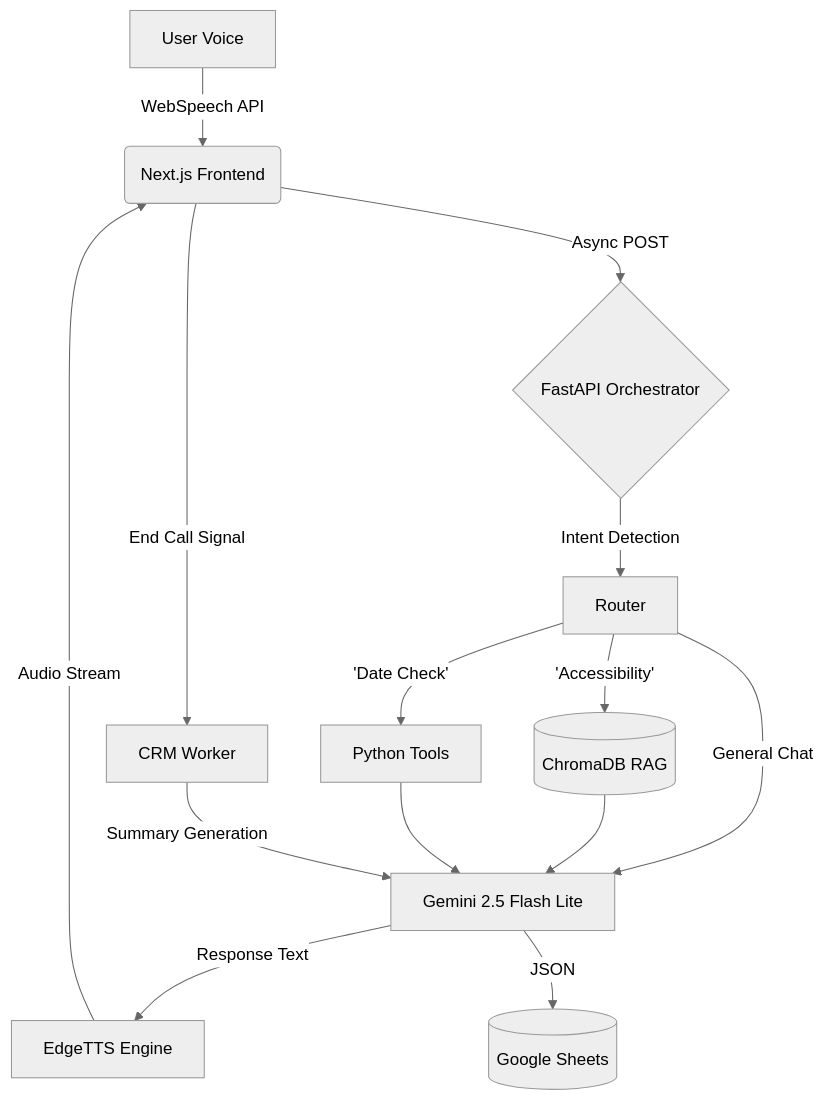
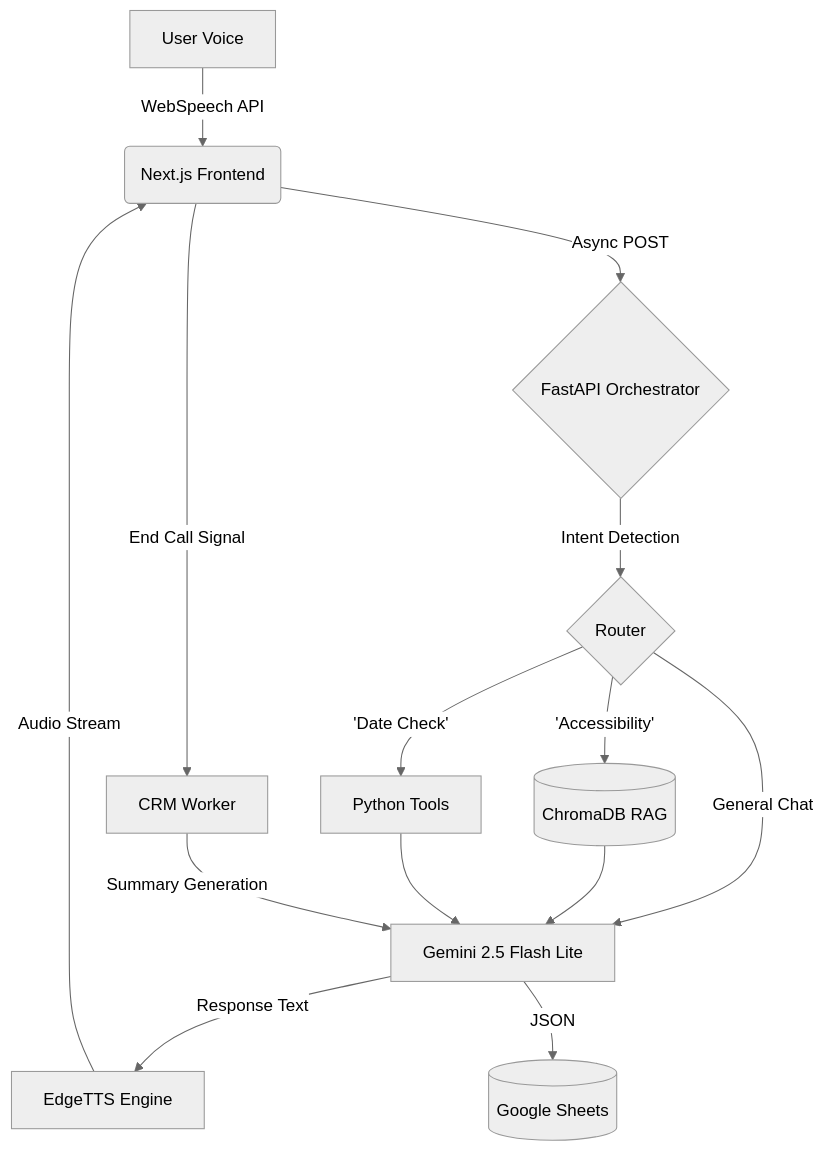
The diagram in README.md (DevanshMistry890/hotel-voice-agent), drawn with Mermaid (neutral theme) before and after one commit. The commit also changed other lines of this file, not shown here.

````diff
--- a/README.md
+++ b/README.md
@@ -54,22 +54,22 @@
 ```mermaid
 graph TD
     A[User Voice] -->|WebSpeech API| B(Next.js Frontend)
     B -->|Async POST| C{FastAPI Orchestrator}
     
-    C -->|Intent Detection| D[Router]
+    C -->|Intent Detection| D{Router}
     
     D -->|'Accessibility'| E[(ChromaDB RAG)]
     D -->|'Date Check'| F[Python Tools]
     D -->|General Chat| G[Gemini 2.5 Flash Lite]
     
     E --> G
     F --> G
     
     G -->|Response Text| H[EdgeTTS Engine]
     H -->|Audio Stream| B
     
     B -->|End Call Signal| I[CRM Worker]
     I -->|Summary Generation| G
     G -->|JSON| J[(Google Sheets)]
 
 ```
````
